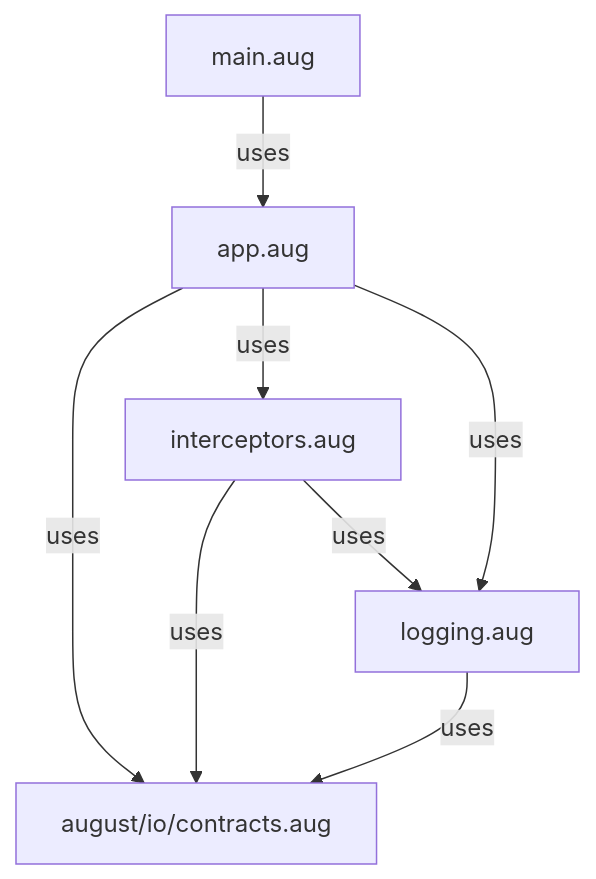
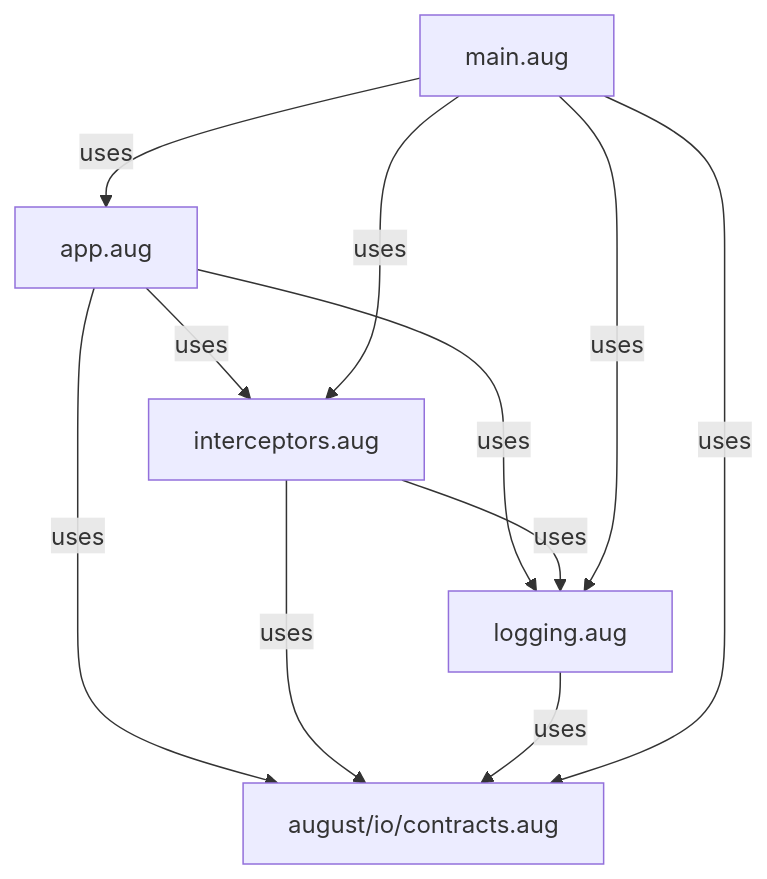
One commit to GreenPandaStudios/augscript changed the second of 2 diagrams in docs/examples/interceptors/diagrams/index.md. Above: the diagram before and after it, drawn with Mermaid. The commit also changed other lines of this file and 289 other files, not shown here.

Commit message:
Correct diagram control flow and complete generated wiki navigation

````diff
--- a/docs/examples/interceptors/diagrams/index.md
+++ b/docs/examples/interceptors/diagrams/index.md
@@ -30,15 +30,18 @@
 ```mermaid
 flowchart TD
     n0["app.aug"]
     n1["august/io/contracts.aug"]
     n2["interceptors.aug"]
     n3["logging.aug"]
     n4["main.aug"]
     n0 -->|"uses"| n1
     n0 -->|"uses"| n2
     n0 -->|"uses"| n3
     n2 -->|"uses"| n1
     n2 -->|"uses"| n3
     n3 -->|"uses"| n1
     n4 -->|"uses"| n0
+    n4 -->|"uses"| n1
+    n4 -->|"uses"| n2
+    n4 -->|"uses"| n3
 ```
````
